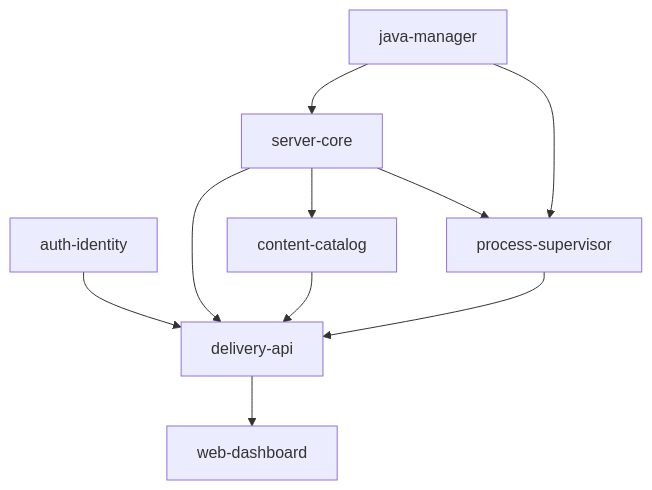
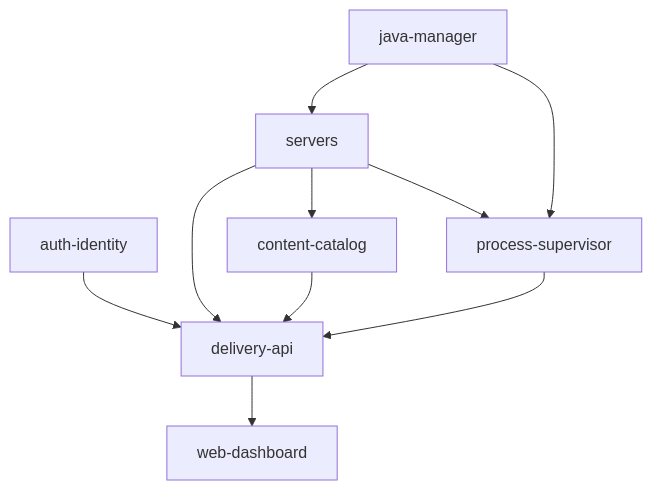
Before and after one commit to xavieraimacana/Singularity: the diagram in docs/CAPABILITY_MAP.md, drawn with Mermaid. The commit also changed other lines of this file and 5 other files, not shown here.

Commit message:
docs(architecture): unificar modulo servers, robustecer procesos java y documentar credenciales y oci

````diff
--- a/docs/CAPABILITY_MAP.md
+++ b/docs/CAPABILITY_MAP.md
@@ -23,20 +23,20 @@
 ```mermaid
 flowchart TD
     auth["auth-identity"]
     java["java-manager"]
-    server["server-core"]
+    servers["servers"]
     catalog["content-catalog"]
     proc["process-supervisor"]
     api["delivery-api"]
     ui["web-dashboard"]
 
-    java --> server
+    java --> servers
     auth --> api
-    server --> catalog
-    server --> proc
+    servers --> catalog
+    servers --> proc
     java --> proc
-    server --> api
+    servers --> api
     catalog --> api
     proc --> api
     api --> ui
 ```
````
